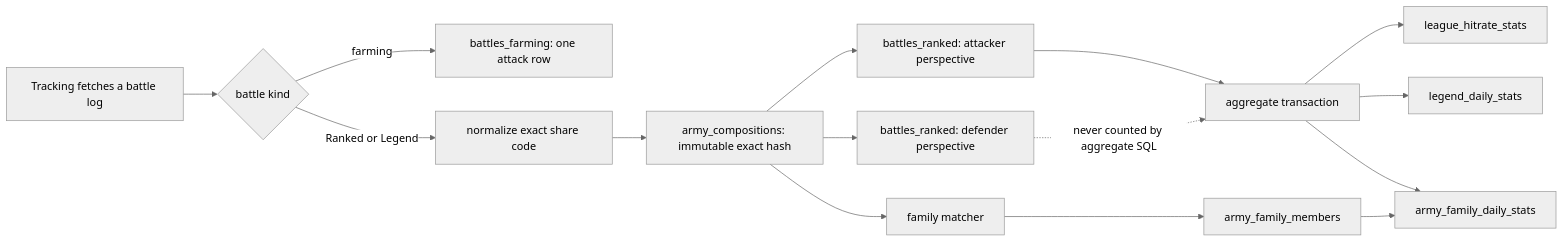
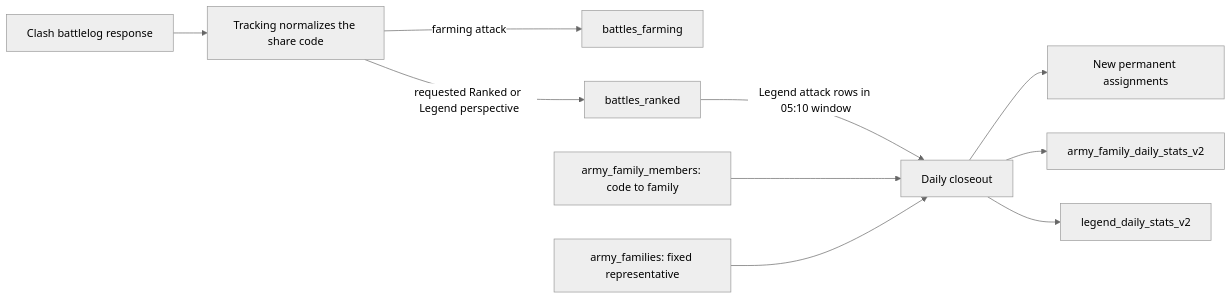
Before and after one commit to ClashKingInc/DevKit: the diagram in docs/ranked-battle-history.md, drawn with Mermaid (neutral theme). The commit also changed other lines of this file and 15 other files, not shown here.

Commit message:
feat(database): add share-code army families

````diff
--- a/docs/ranked-battle-history.md
+++ b/docs/ranked-battle-history.md
@@ -7,17 +18,12 @@
 ```mermaid
 flowchart LR
-  A[Tracking fetches a battle log] --> B{battle kind}
-  B -->|farming| C[battles_farming: one attack row]
-  B -->|Ranked or Legend| D[normalize exact share code]
-  D --> E[army_compositions: immutable exact hash]
-  E --> F[battles_ranked: attacker perspective]
-  E --> G[battles_ranked: defender perspective]
-  F --> H[aggregate transaction]
-  H --> I[league_hitrate_stats]
-  H --> J[legend_daily_stats]
-  H --> K[army_family_daily_stats]
-  G -. never counted by aggregate SQL .-> H
-  E --> L[family matcher]
-  L --> M[army_family_members]
-  M --> K
+  C[Clash battlelog response] --> W[Tracking normalizes the share code]
+  W -->|farming attack| F[battles_farming]
+  W -->|requested Ranked or Legend perspective| R[battles_ranked]
+  R -->|Legend attack rows in 05:10 window| D[Daily closeout]
+  M[army_family_members: code to family] --> D
+  A[army_families: fixed representative] --> D
+  D --> N[New permanent assignments]
+  D --> FS[army_family_daily_stats_v2]
+  D --> LS[legend_daily_stats_v2]
 ```
````
